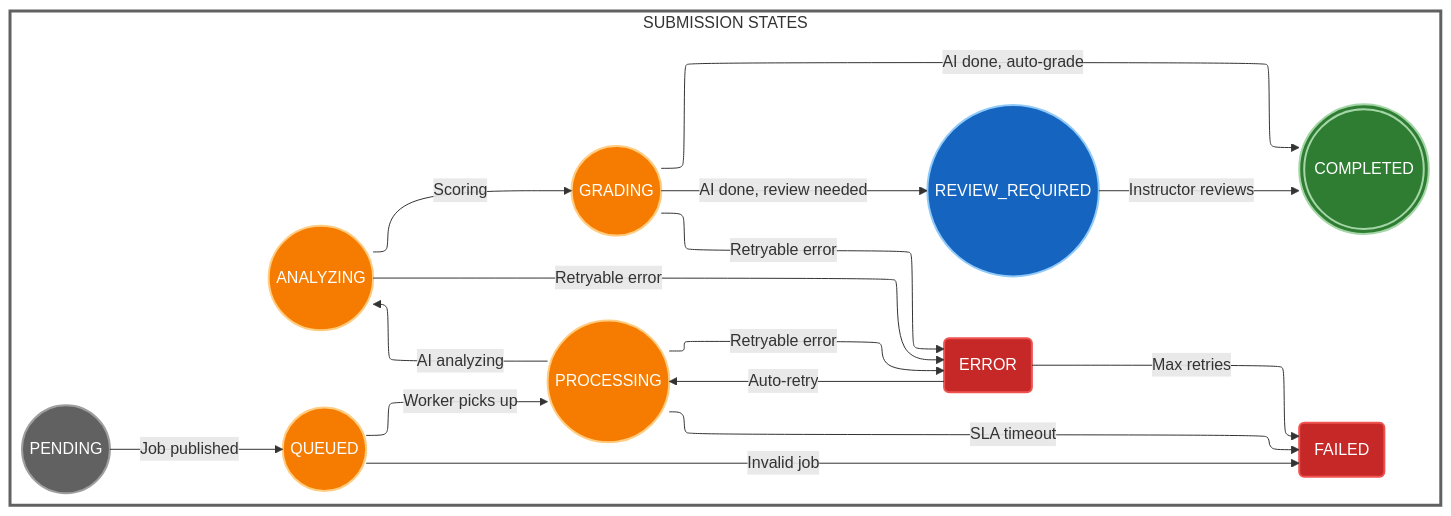
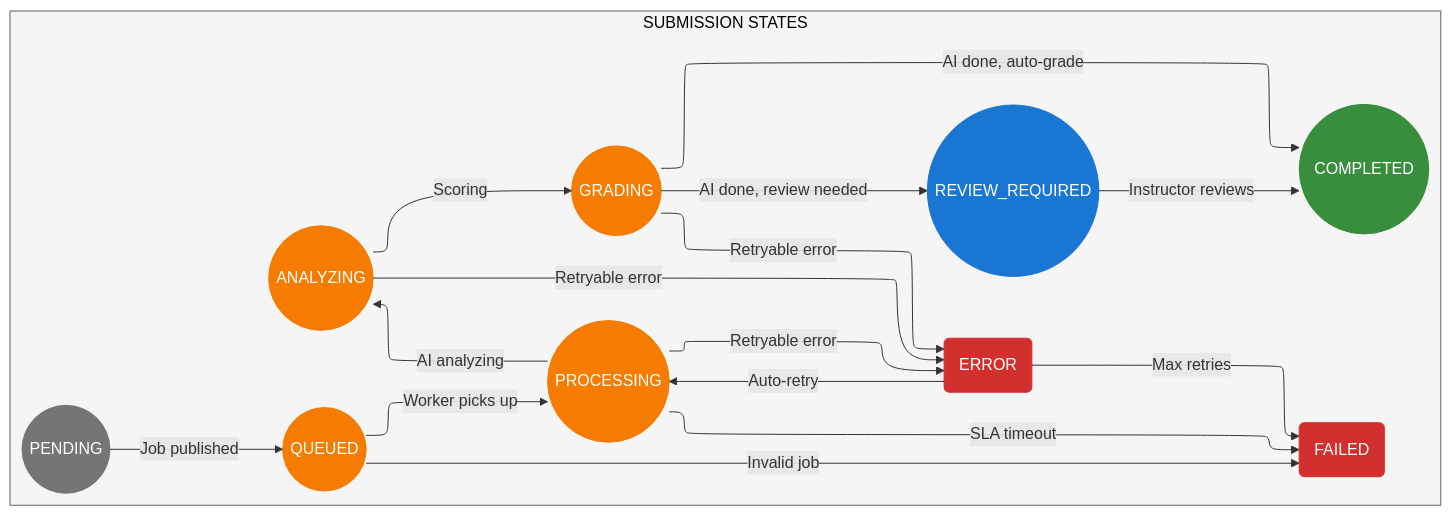
Before and after one commit to nghyane/VSTEP: the fifth of 12 diagrams in docs/capstone/diagrams/flow-diagrams.vi.md, drawn with Mermaid. The commit also changed other lines of this file, not shown here.

First line of the commit message:
fix(docs): rewrite diagrams with proper color separation

````diff
--- a/docs/capstone/diagrams/flow-diagrams.vi.md
+++ b/docs/capstone/diagrams/flow-diagrams.vi.md
@@ -264,54 +266,55 @@
 ```mermaid
 ---
 config:
   layout: elk
 ---
 flowchart TB
     subgraph States["SUBMISSION STATES"]
         direction LR
         PENDING@{ shape: circle, label: "PENDING" }
         QUEUED@{ shape: circle, label: "QUEUED" }
         PROCESSING@{ shape: circle, label: "PROCESSING" }
         ANALYZING@{ shape: circle, label: "ANALYZING" }
         GRADING@{ shape: circle, label: "GRADING" }
         COMPLETED@{ shape: dbl-circ, label: "COMPLETED" }
         ERROR@{ shape: rounded, label: "ERROR" }
         FAILED@{ shape: rounded, label: "FAILED" }
         REVIEW@{ shape: circle, label: "REVIEW_REQUIRED" }
     end
 
     PENDING -->|"Job published"| QUEUED
     QUEUED -->|"Worker picks up"| PROCESSING
     PROCESSING -->|"AI analyzing"| ANALYZING
     ANALYZING -->|"Scoring"| GRADING
     GRADING -->|"AI done, auto-grade"| COMPLETED
     GRADING -->|"AI done, review needed"| REVIEW
     REVIEW -->|"Instructor reviews"| COMPLETED
     
     PROCESSING -->|"Retryable error"| ERROR
     ANALYZING -->|"Retryable error"| ERROR
     GRADING -->|"Retryable error"| ERROR
     
     ERROR -->|"Auto-retry"| PROCESSING
     ERROR -->|"Max retries"| FAILED
     
     QUEUED -->|"Invalid job"| FAILED
     PROCESSING -->|"SLA timeout"| FAILED
 
-    classDef pending fill:#616161,stroke:#9e9e9e,stroke-width:2px,color:#fff
-    classDef active fill:#f57c00,stroke:#ffcc80,stroke-width:2px,color:#fff
-    classDef success fill:#2e7d32,stroke:#a5d6a7,stroke-width:2px,color:#fff
-    classDef error fill:#c62828,stroke:#ef5350,stroke-width:2px,color:#fff
-    classDef review fill:#1565c0,stroke:#90caf9,stroke-width:2px,color:#fff
+    %% Nodes
+    classDef pending fill:#757575,stroke:#757575,color:#fff
+    classDef active fill:#f57c00,stroke:#f57c00,color:#fff
+    classDef success fill:#388e3c,stroke:#388e3c,color:#fff
+    classDef error fill:#d32f2f,stroke:#d32f2f,color:#fff
+    classDef review fill:#1976d2,stroke:#1976d2,color:#fff
 
-    classDef statesBox fill:none,stroke:#616161,stroke-width:3px
+    %% Box
+    classDef statesBox fill:#f5f5f5,stroke:#616161,color:#000
 
     class States statesBox
 
     class PENDING pending
     class QUEUED,PROCESSING,ANALYZING,GRADING active
     class COMPLETED success
     class ERROR,FAILED error
     class REVIEW review
-
 ```
````
